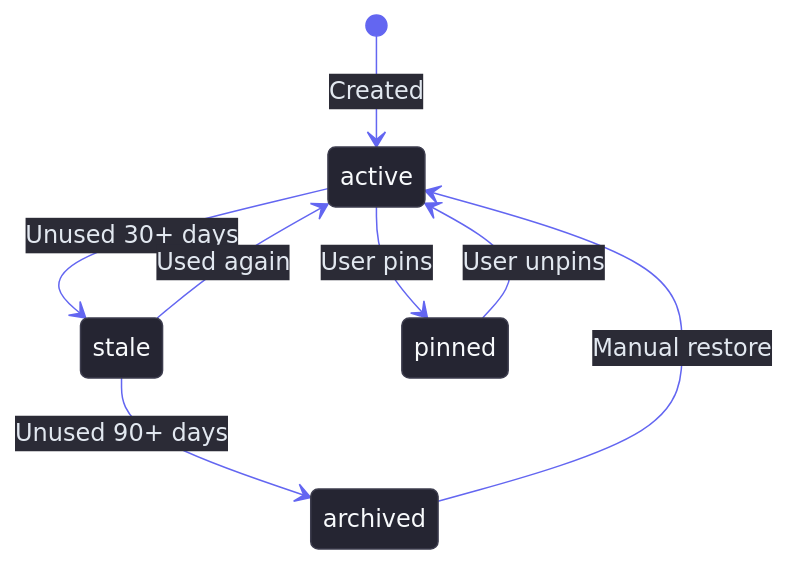
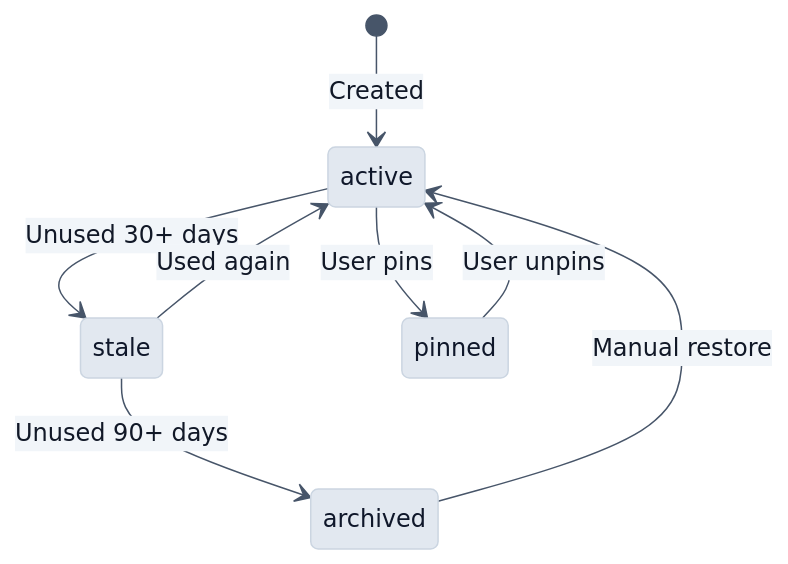
Before and after one commit to omnia-projetcs/clawzd: the third of 3 diagrams in README.md, drawn with Mermaid. The commit also changed other lines of this file, not shown here.

Commit message:
style: update mermaid diagram theme to light mode and refine acknowledgements in README.md

````diff
--- a/README.md
+++ b/README.md
@@ -482,11 +482,11 @@
 ```mermaid
-%%{init: {'theme': 'base', 'themeVariables': { 'primaryColor': '#252532', 'primaryTextColor': '#f8fafc', 'primaryBorderColor': '#3d3d4e', 'lineColor': '#6366f1', 'secondaryColor': '#2b2b36', 'tertiaryColor': '#1a1a24', 'clusterBkg': 'transparent', 'clusterBorder': '#4f46e5', 'textColor': '#e2e8f0', 'edgeLabelBackground': '#2b2b36'}}}%%
+%%{init: {'theme': 'base', 'themeVariables': { 'primaryColor': '#e2e8f0', 'primaryTextColor': '#0f172a', 'primaryBorderColor': '#cbd5e1', 'lineColor': '#475569', 'secondaryColor': '#f1f5f9', 'tertiaryColor': '#ffffff', 'textColor': '#111827', 'signalColor': '#312e81', 'signalTextColor': '#111827', 'actorLineColor': '#475569'}}}%%
 stateDiagram-v2
     [*] --> active : Created
     active --> stale : Unused 30+ days
     stale --> archived : Unused 90+ days
     stale --> active : Used again
     active --> pinned : User pins
     pinned --> active : User unpins
     archived --> active : Manual restore
 ```
````
